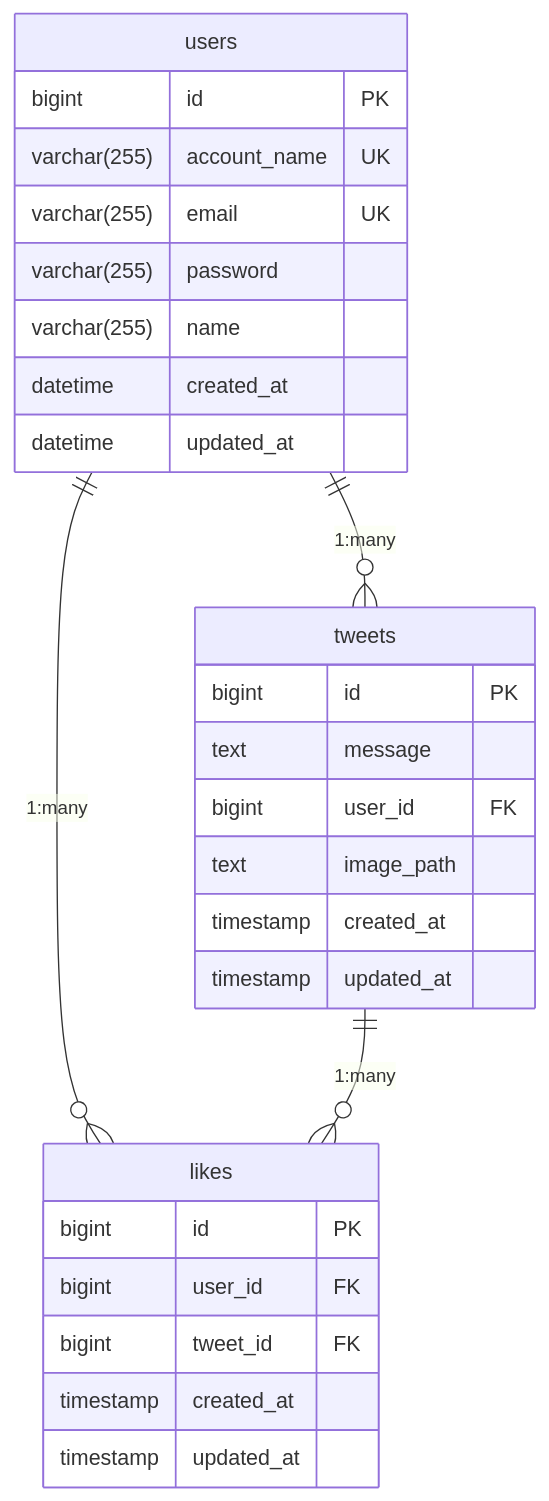
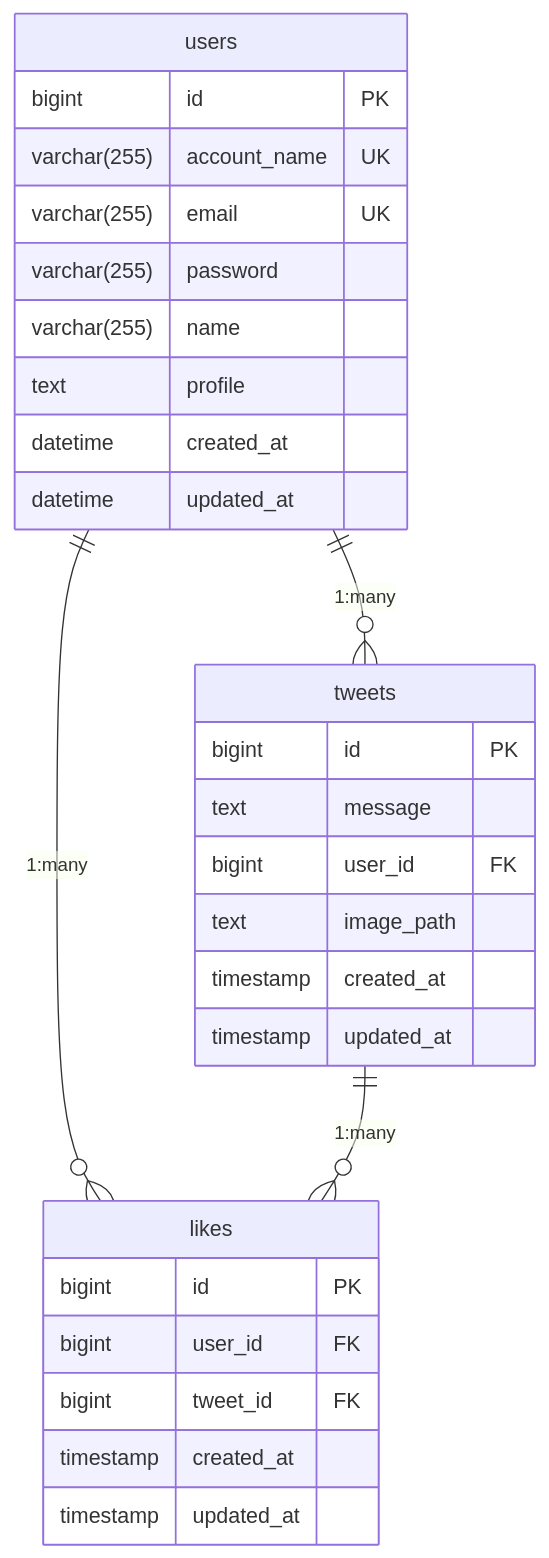
One commit to yoo16/php_sns changed the diagram in docs/md/er_php_sns.md. Above: the diagram before and after it, drawn with Mermaid. The commit also changed 10 other files, not shown here.

````diff
--- a/docs/md/er_php_sns.md
+++ b/docs/md/er_php_sns.md
@@ -1,33 +1,34 @@
 ```mermaid
 erDiagram
    users {
        bigint id PK
        varchar(255) account_name UK
        varchar(255) email UK
        varchar(255) password
        varchar(255) name
+       text profile
        datetime created_at
        datetime updated_at
    }
 
    tweets {
        bigint id PK
        text message
        bigint user_id FK
        text image_path
        timestamp created_at
        timestamp updated_at
    }
 
    likes {
        bigint id PK
        bigint user_id FK
        bigint tweet_id FK
        timestamp created_at
        timestamp updated_at
    }
 
    users ||--o{ tweets : "1:many"
    users ||--o{ likes : "1:many"
    tweets ||--o{ likes : "1:many"
 ```
````
